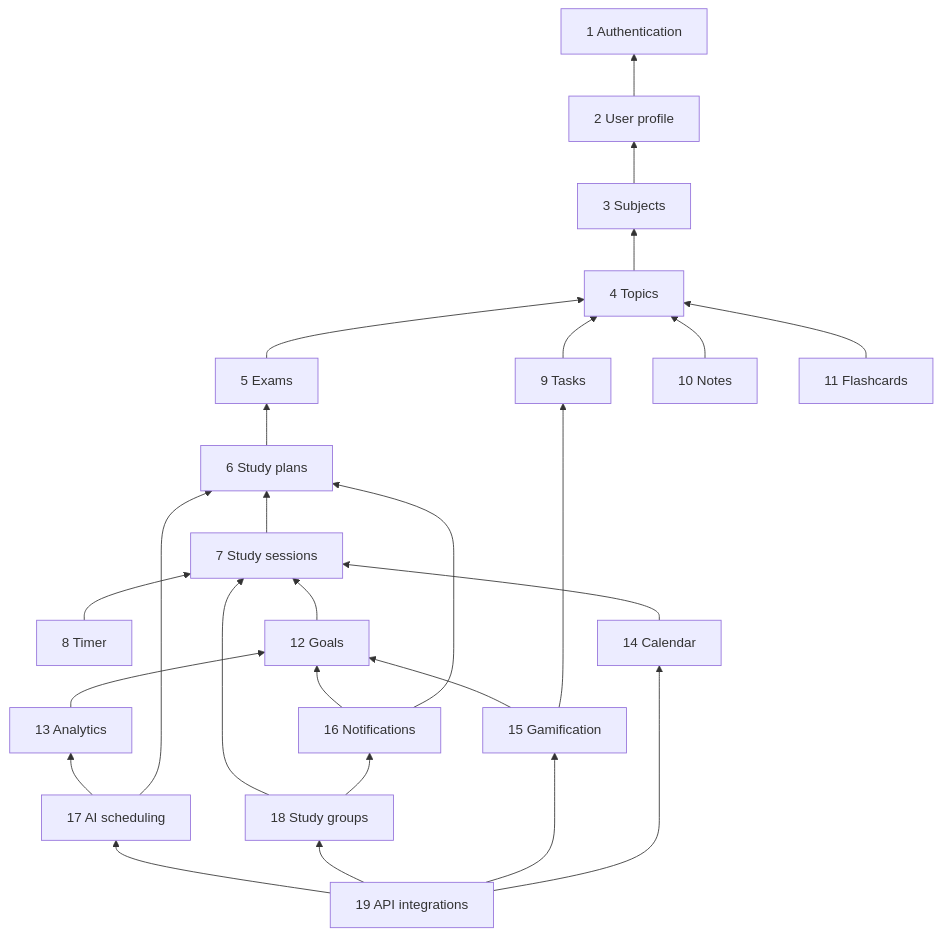
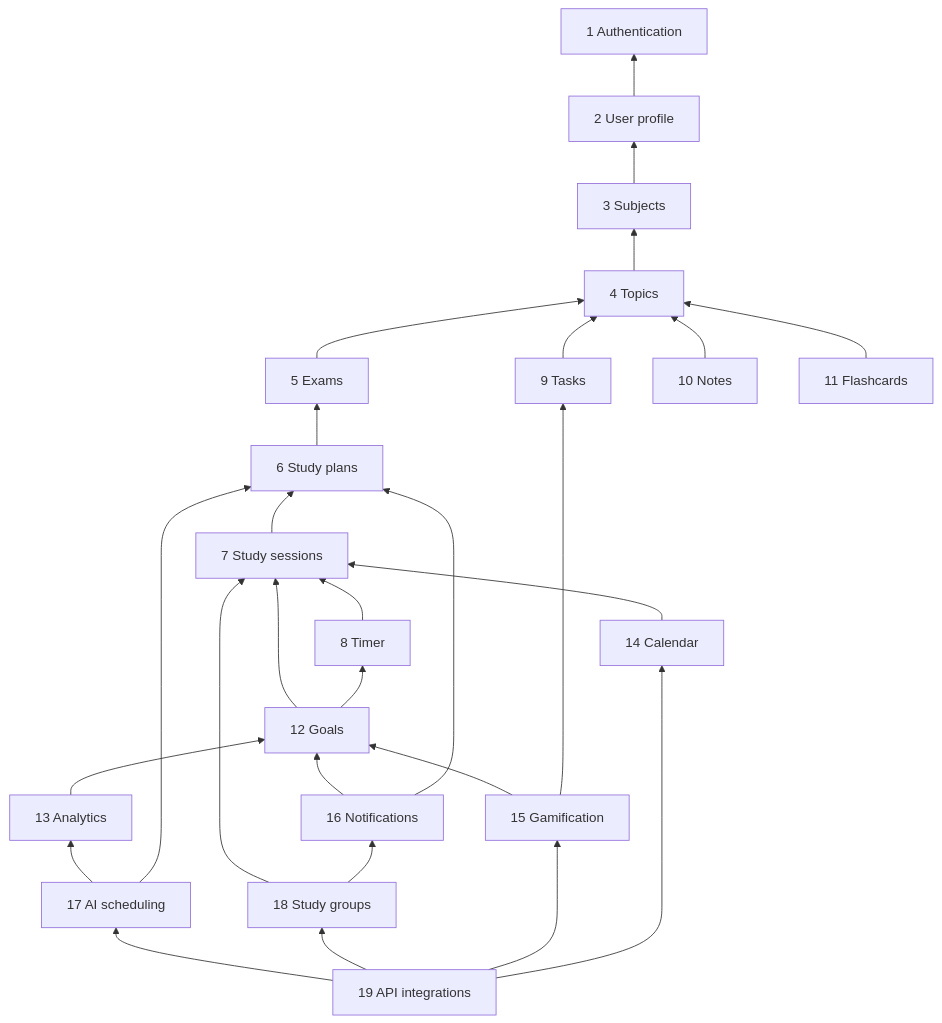
One commit to Abeee89/Lumora changed the diagram in docs/03-architecture/MODULE-BOUNDARIES.md. Above: the diagram before and after it, drawn with Mermaid. The commit also changed other lines of this file and 35 other files, not shown here.

````diff
--- a/docs/03-architecture/MODULE-BOUNDARIES.md
+++ b/docs/03-architecture/MODULE-BOUNDARIES.md
@@ -109,29 +109,30 @@
 ```mermaid
 flowchart BT
   AUTH["1 Authentication"]
   PROF["2 User profile"] --> AUTH
   SUBJ["3 Subjects"] --> PROF
   TOP["4 Topics"] --> SUBJ
   EXAM["5 Exams"] --> TOP
   PLAN["6 Study plans"] --> EXAM
   SESS["7 Study sessions"] --> PLAN
   TIM["8 Timer"] --> SESS
   TASK["9 Tasks"] --> TOP
   NOTE["10 Notes"] --> TOP
   FLASH["11 Flashcards"] --> TOP
   GOAL["12 Goals"] --> SESS
+  GOAL --> TIM
   ANA["13 Analytics"] --> GOAL
   CAL["14 Calendar"] --> SESS
   GAME["15 Gamification"] --> GOAL
   GAME --> TASK
   NOTIF["16 Notifications"] --> GOAL
   NOTIF --> PLAN
   AIS["17 AI scheduling"] --> ANA
   AIS --> PLAN
   GRP["18 Study groups"] --> SESS
   GRP --> NOTIF
   APIM["19 API integrations"] --> AIS
   APIM --> GRP
   APIM --> GAME
   APIM --> CAL
 ```
````
